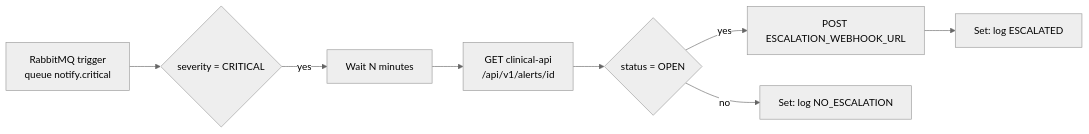
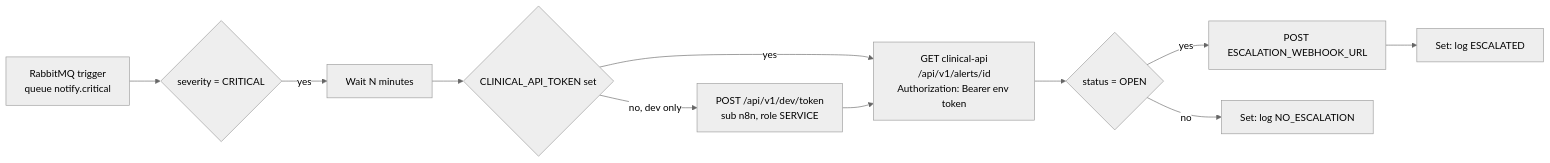
One commit to ilay-fisher/vitalstream changed the diagram in infra/n8n/README.md. Above: the diagram before and after it, drawn with Mermaid (neutral theme). The commit also changed other lines of this file and 115 other files, not shown here.

First line of the commit message:
feat: JWT authentication and role-based authorization for clinical-api (CONTRACTS 4.2) (#14)

````diff
--- a/infra/n8n/README.md
+++ b/infra/n8n/README.md
@@ -5,10 +5,12 @@
 ```mermaid
 flowchart LR
     Q[RabbitMQ trigger<br/>queue notify.critical] --> F{severity = CRITICAL}
     F -- yes --> W[Wait N minutes]
-    W --> G[GET clinical-api<br/>/api/v1/alerts/id]
+    W --> T{CLINICAL_API_TOKEN set}
+    T -- yes --> G[GET clinical-api<br/>/api/v1/alerts/id<br/>Authorization: Bearer env token]
+    T -- no, dev only --> D[POST /api/v1/dev/token<br/>sub n8n, role SERVICE] --> G
     G --> O{status = OPEN}
     O -- yes --> P[POST ESCALATION_WEBHOOK_URL]
     P --> L1[Set: log ESCALATED]
     O -- no --> L2[Set: log NO_ESCALATION]
 ```
````
